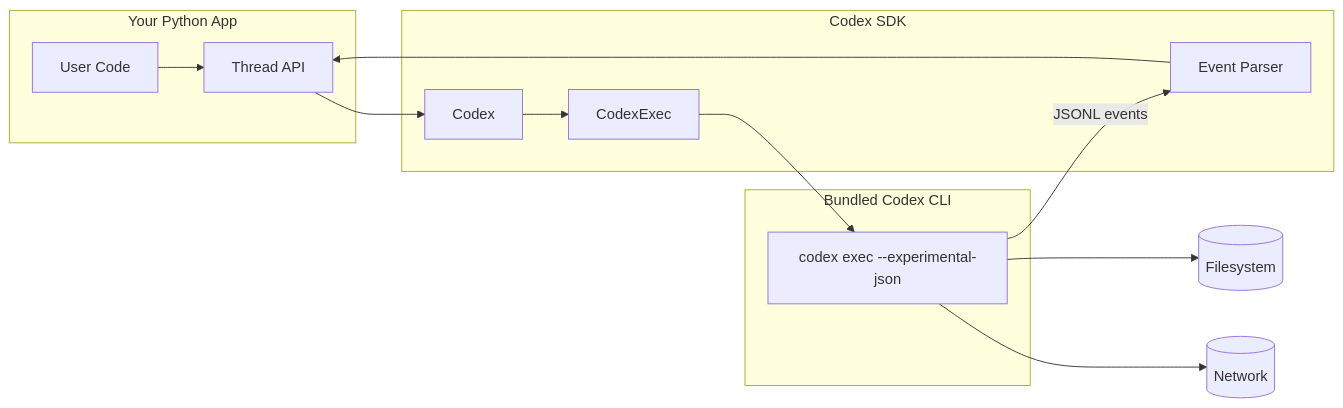
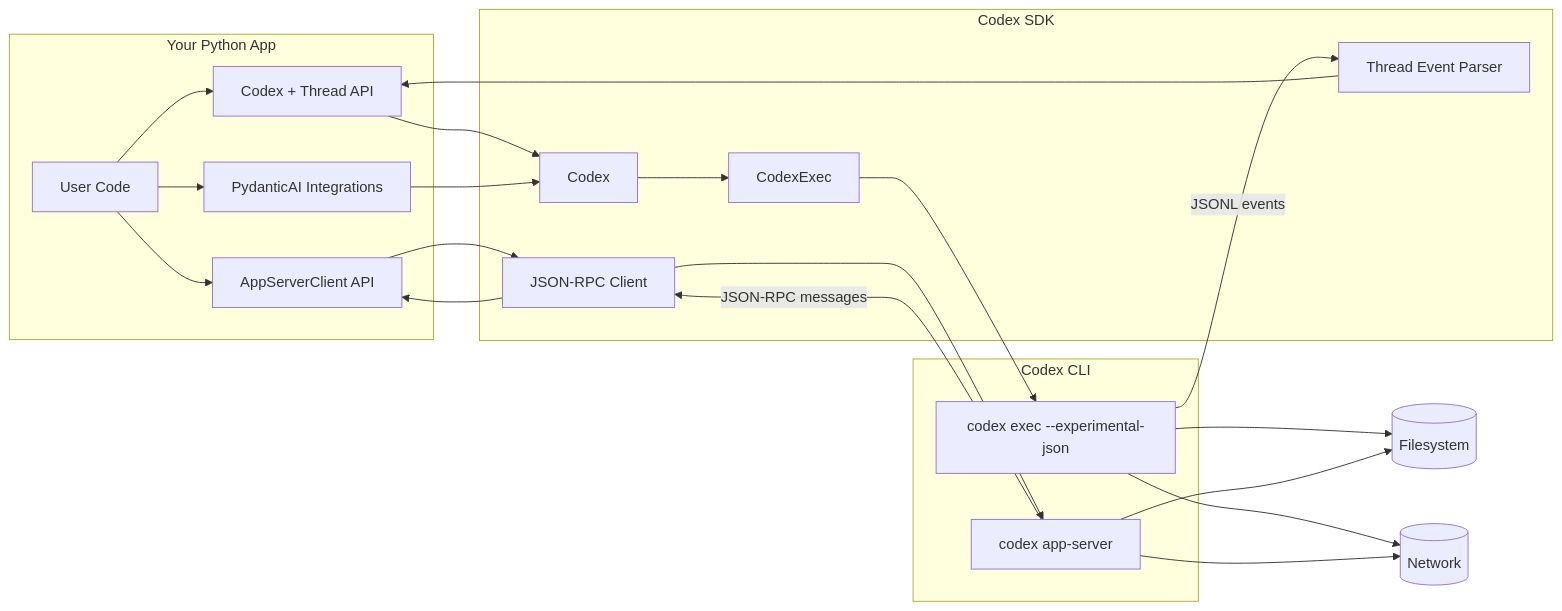
The first of 5 diagrams in README.md (vectorfy-co/codex-sdk-python), drawn with Mermaid before and after one commit. The commit also changed other lines of this file and 7 other files, not shown here.

````diff
--- a/README.md
+++ b/README.md
@@ -721,25 +743,35 @@
 ```mermaid
 flowchart LR
   subgraph App[Your Python App]
     U[User Code]
-    T[Thread API]
+    T[Codex + Thread API]
+    A[AppServerClient API]
+    M[PydanticAI Integrations]
   end
 
   subgraph SDK[Codex SDK]
     C[Codex]
     E[CodexExec]
-    P[Event Parser]
+    P[Thread Event Parser]
+    R[JSON-RPC Client]
   end
 
-  subgraph CLI[Bundled Codex CLI]
+  subgraph CLI[Codex CLI]
     X["codex exec --experimental-json"]
+    S["codex app-server"]
   end
 
   FS[(Filesystem)]
   NET[(Network)]
 
   U --> T --> C --> E --> X
+  U --> A --> R --> S
+  U --> M
+  M --> C
   X -->|JSONL events| P --> T
+  S -->|JSON-RPC messages| R --> A
   X --> FS
   X --> NET
+  S --> FS
+  S --> NET
 ```
````
